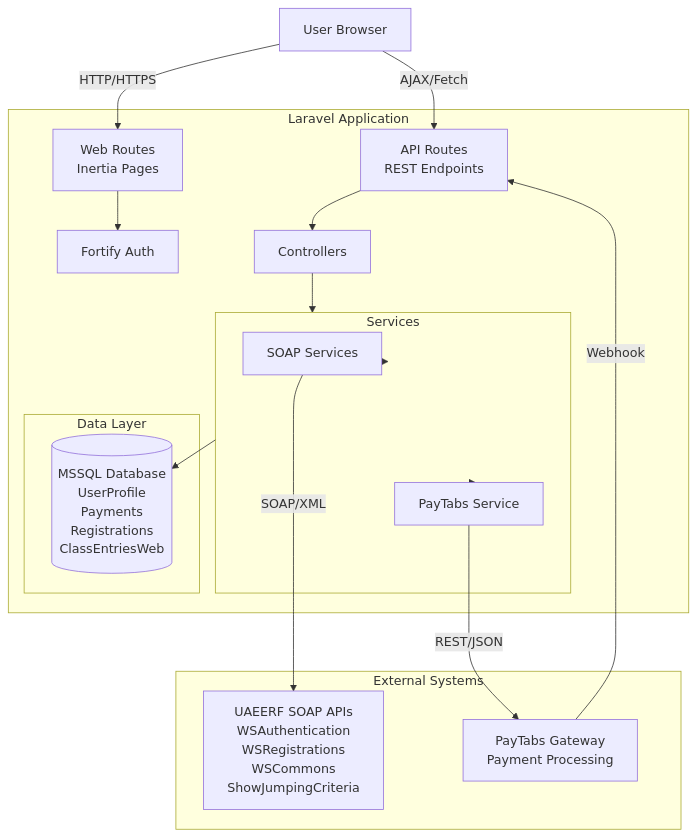
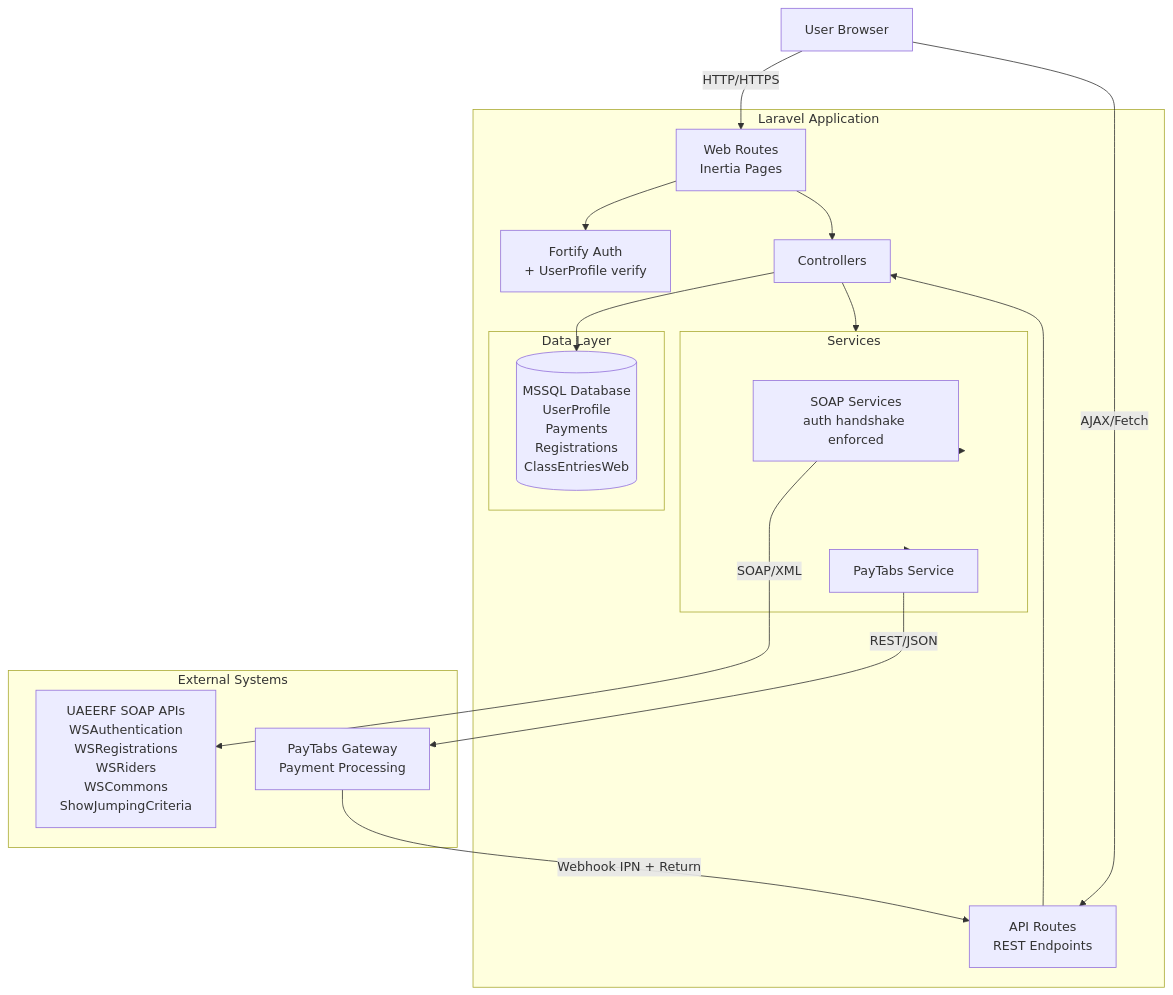
The first of 4 diagrams in docs/ARCHITECTURE.md (Anwar-Barakat/uaeerf), drawn with Mermaid before and after one commit. The commit also changed other lines of this file and 3 other files, not shown here.

First line of the commit message:
docs: architecture diagrams, README refresh, testing guide

````diff
--- a/docs/ARCHITECTURE.md
+++ b/docs/ARCHITECTURE.md
@@ -13,38 +13,39 @@
 ```mermaid
 graph TB
     User[User Browser]
-    
+
     subgraph "Laravel Application"
         Web[Web Routes<br/>Inertia Pages]
         API[API Routes<br/>REST Endpoints]
-        Auth[Fortify Auth]
+        Auth[Fortify Auth<br/>+ UserProfile verify]
         Controllers[Controllers]
         Services[Service Layer]
-        
+
         subgraph "Services"
-            SOAP[SOAP Services]
+            SOAP[SOAP Services<br/>auth handshake enforced]
             PayTabs[PayTabs Service]
         end
-        
+
         subgraph "Data Layer"
             MSSQL[(MSSQL Database<br/>UserProfile<br/>Payments<br/>Registrations<br/>ClassEntriesWeb)]
         end
     end
-    
+
     subgraph "External Systems"
-        SoapAPI[UAEERF SOAP APIs<br/>WSAuthentication<br/>WSRegistrations<br/>WSCommons<br/>ShowJumpingCriteria]
+        SoapAPI[UAEERF SOAP APIs<br/>WSAuthentication<br/>WSRegistrations<br/>WSRiders<br/>WSCommons<br/>ShowJumpingCriteria]
         PayTabsGW[PayTabs Gateway<br/>Payment Processing]
     end
-    
+
     User -->|HTTP/HTTPS| Web
     User -->|AJAX/Fetch| API
     Web --> Auth
     API --> Controllers
+    Web --> Controllers
     Controllers --> Services
     Services --> SOAP
     Services --> PayTabs
-    Services --> MSSQL
+    Controllers --> MSSQL
     SOAP -->|SOAP/XML| SoapAPI
     PayTabs -->|REST/JSON| PayTabsGW
-    PayTabsGW -->|Webhook| API
+    PayTabsGW -->|Webhook IPN + Return| API
 ```
````
